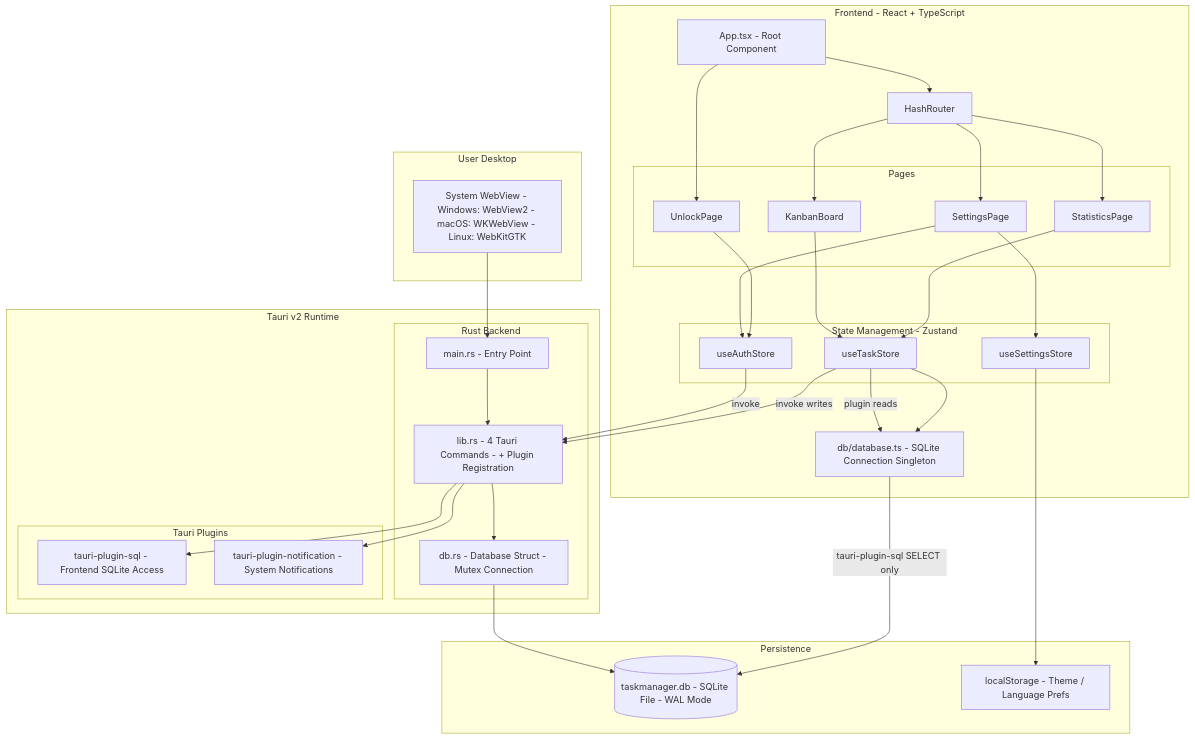
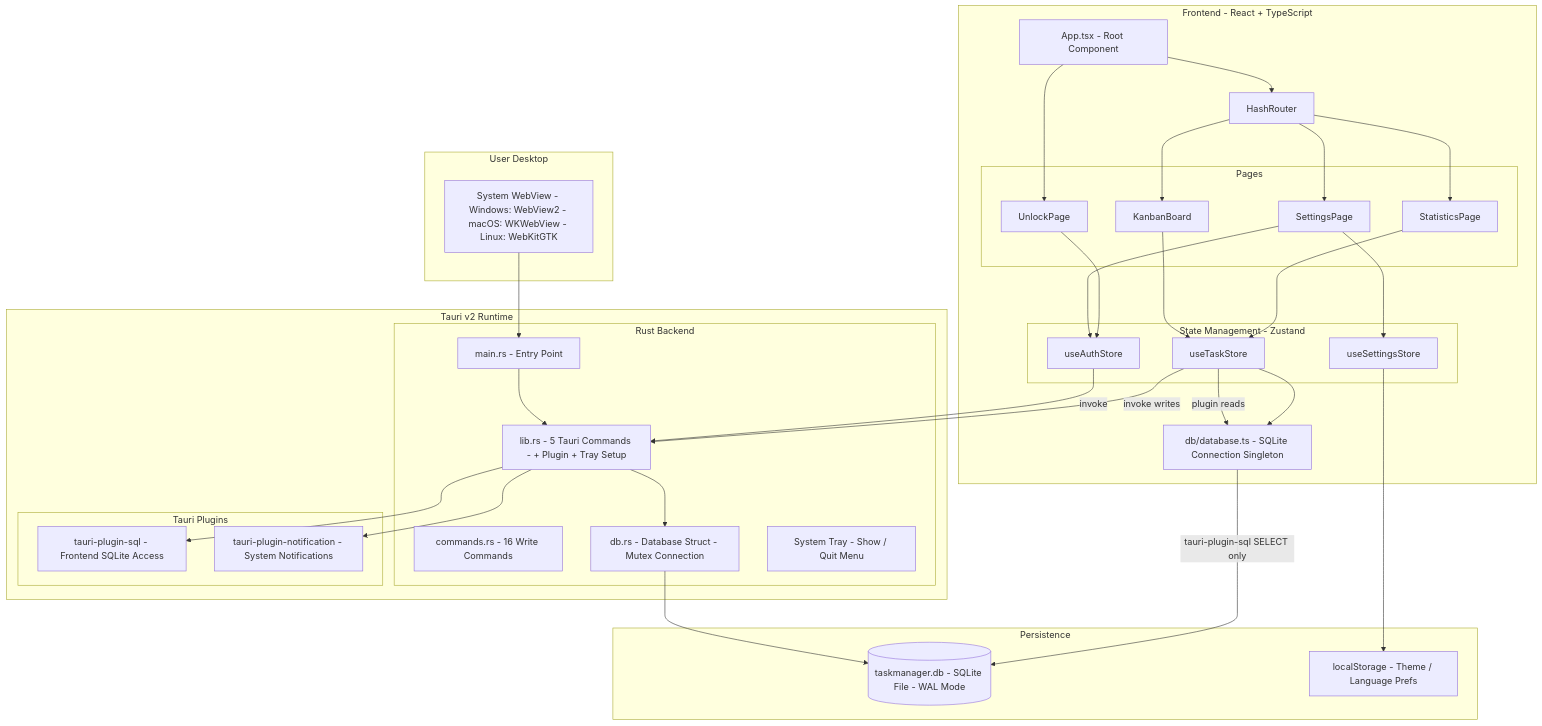
The first of 12 diagrams in docs/ARCHITECTURE.md (kindywu/task-manager), drawn with Mermaid before and after one commit. The commit also changed other lines of this file and 2 other files, not shown here.

````diff
--- a/docs/ARCHITECTURE.md
+++ b/docs/ARCHITECTURE.md
@@ -244,63 +246,65 @@
 ```mermaid
 graph TB
     subgraph "User Desktop"
         WV["System WebView - Windows: WebView2 - macOS: WKWebView - Linux: WebKitGTK"]
     end
 
     subgraph "Tauri v2 Runtime"
         subgraph "Rust Backend"
             MAIN["main.rs - Entry Point"]
-            LIB["lib.rs - 4 Tauri Commands - + Plugin Registration"]
+            LIB["lib.rs - 5 Tauri Commands - + Plugin + Tray Setup"]
+            CMDS["commands.rs - 16 Write Commands"]
             DB_RS["db.rs - Database Struct - Mutex Connection"]
+            TRAY["System Tray - Show / Quit Menu"]
         end
         subgraph "Tauri Plugins"
             SQL_PLUGIN["tauri-plugin-sql - Frontend SQLite Access"]
             NOTIF_PLUGIN["tauri-plugin-notification - System Notifications"]
         end
     end
 
     subgraph "Frontend - React + TypeScript"
         APP["App.tsx - Root Component"]
         ROUTER["HashRouter"]
         subgraph "Pages"
             KANBAN["KanbanBoard"]
             STATS["StatisticsPage"]
             SETTINGS["SettingsPage"]
             UNLOCK["UnlockPage"]
         end
         subgraph "State Management - Zustand"
             AUTH_STORE["useAuthStore"]
             TASK_STORE["useTaskStore"]
             SETTINGS_STORE["useSettingsStore"]
         end
         DB_FE["db/database.ts - SQLite Connection Singleton"]
     end
 
     subgraph "Persistence"
         DB_FILE[("taskmanager.db - SQLite File - WAL Mode")]
         LS["localStorage - Theme / Language Prefs"]
     end
 
     MAIN --> LIB
     LIB --> DB_RS
     LIB --> SQL_PLUGIN
     LIB --> NOTIF_PLUGIN
     DB_RS --> DB_FILE
     DB_FE -->|tauri-plugin-sql SELECT only| DB_FILE
     AUTH_STORE -->|invoke| LIB
     TASK_STORE -->|invoke writes| LIB
     TASK_STORE -->|plugin reads| DB_FE
     WV --> MAIN
     APP --> ROUTER
     ROUTER --> KANBAN
     ROUTER --> STATS
     ROUTER --> SETTINGS
     APP --> UNLOCK
     KANBAN --> TASK_STORE
     STATS --> TASK_STORE
     SETTINGS --> AUTH_STORE
     SETTINGS --> SETTINGS_STORE
     UNLOCK --> AUTH_STORE
     TASK_STORE --> DB_FE
     SETTINGS_STORE --> LS
 ```
````
